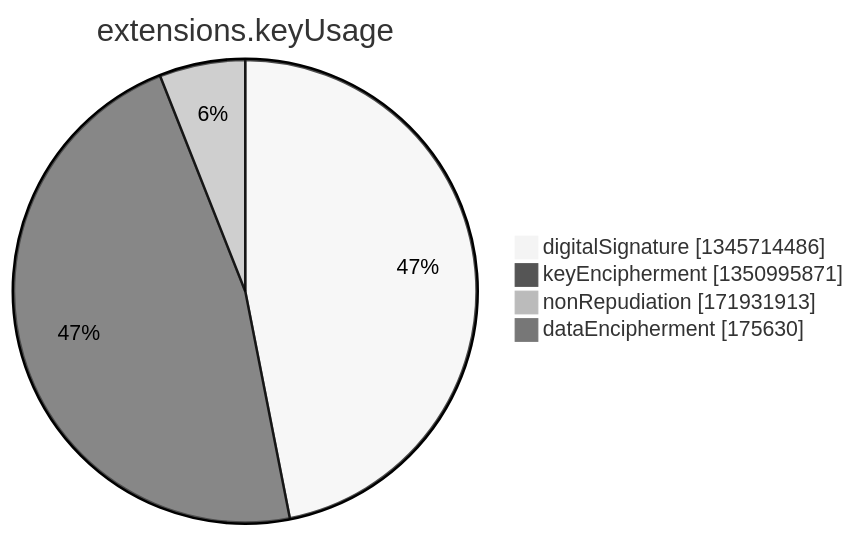
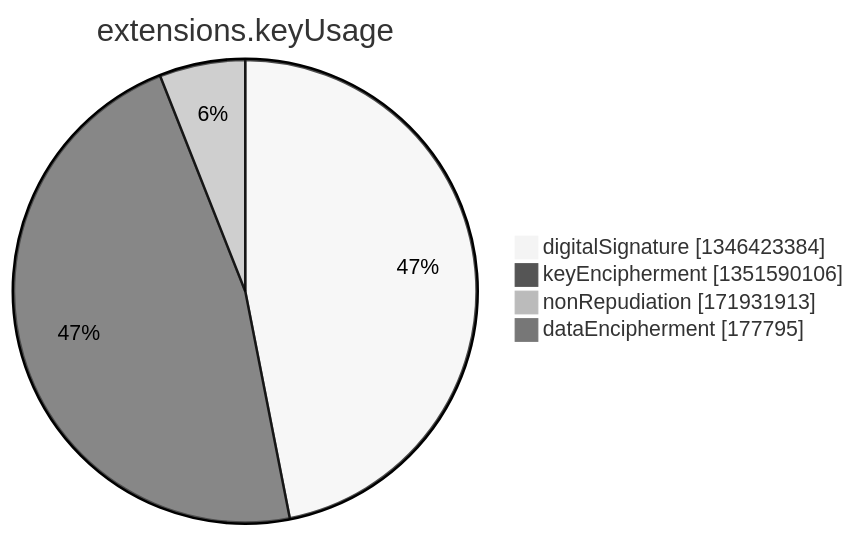
The seventh of 15 diagrams in argon2022/README.md (christiankrug/ctmonitor_visualization), drawn with Mermaid (neutral theme) before and after one commit. The commit also changed other lines of this file, not shown here.

````diff
--- a/argon2022/README.md
+++ b/argon2022/README.md
@@ -2750,8 +2750,8 @@
 ```mermaid
 pie showData
 title extensions.keyUsage
-"digitalSignature" :1345714486
-"keyEncipherment" :1350995871
+"digitalSignature" :1346423384
+"keyEncipherment" :1351590106
 "nonRepudiation" :171931913
-"dataEncipherment" :175630
+"dataEncipherment" :177795
 ```
````
